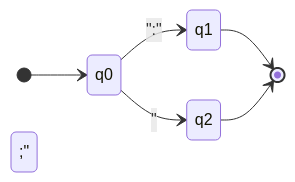
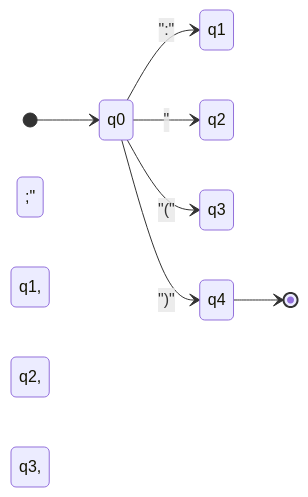
Before and after one commit to joaoLopesLenharo/compilador-pilang: the sixth of 8 diagrams in README.md, drawn with Mermaid. The commit also changed other lines of this file and 14 other files, not shown here.

````diff
--- a/README.md
+++ b/README.md
@@ -220,9 +284,10 @@
 ```mermaid
 stateDiagram-v2
     direction LR
     [*] --> q0
     q0 --> q1: ":"
     q0 --> q2: ";"
-    q1 --> [*]
-    q2 --> [*]
+    q0 --> q3: "("
+    q0 --> q4: ")"
+    q1, q2, q3, q4 --> [*]
 ```
````
